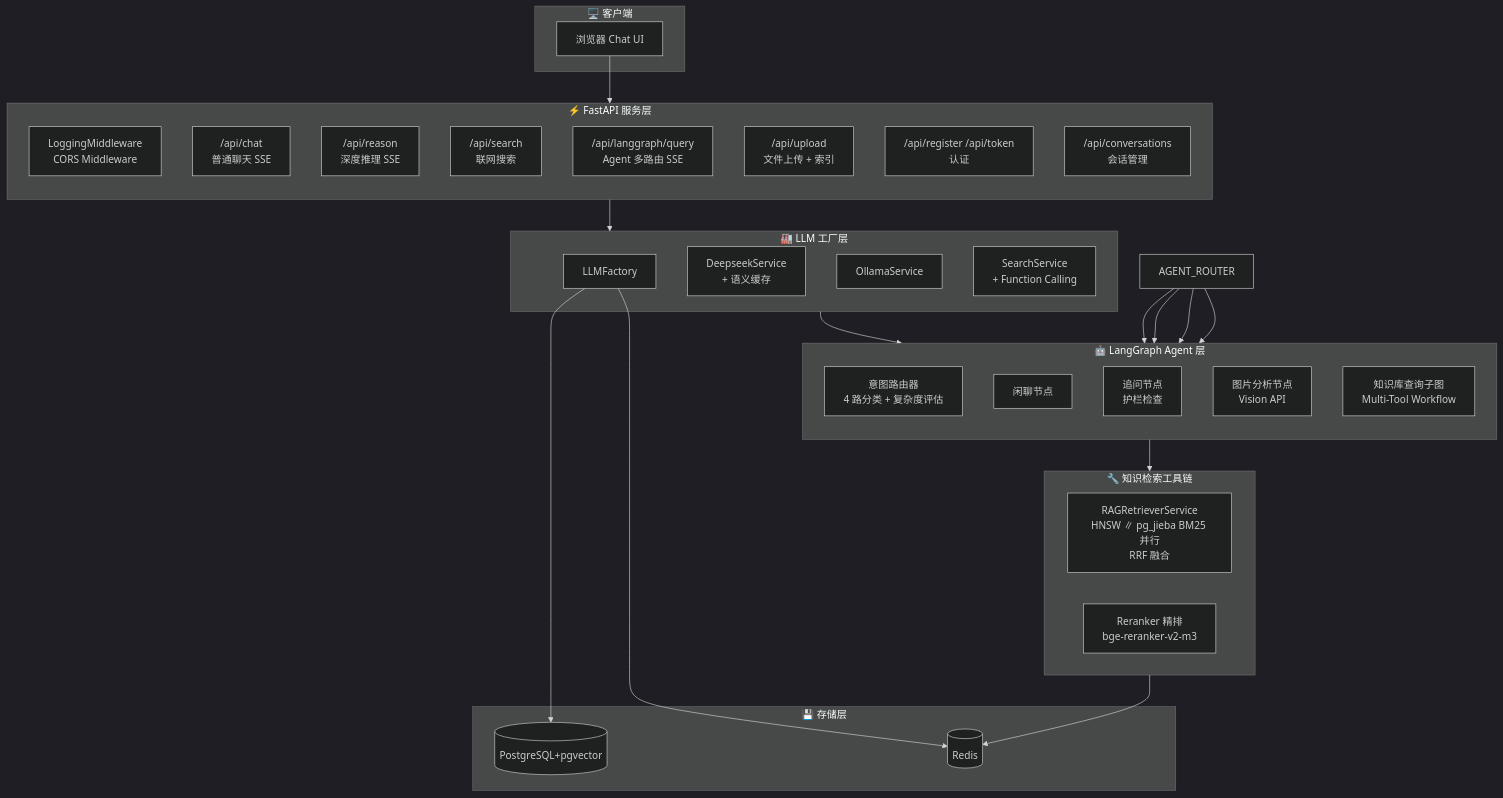
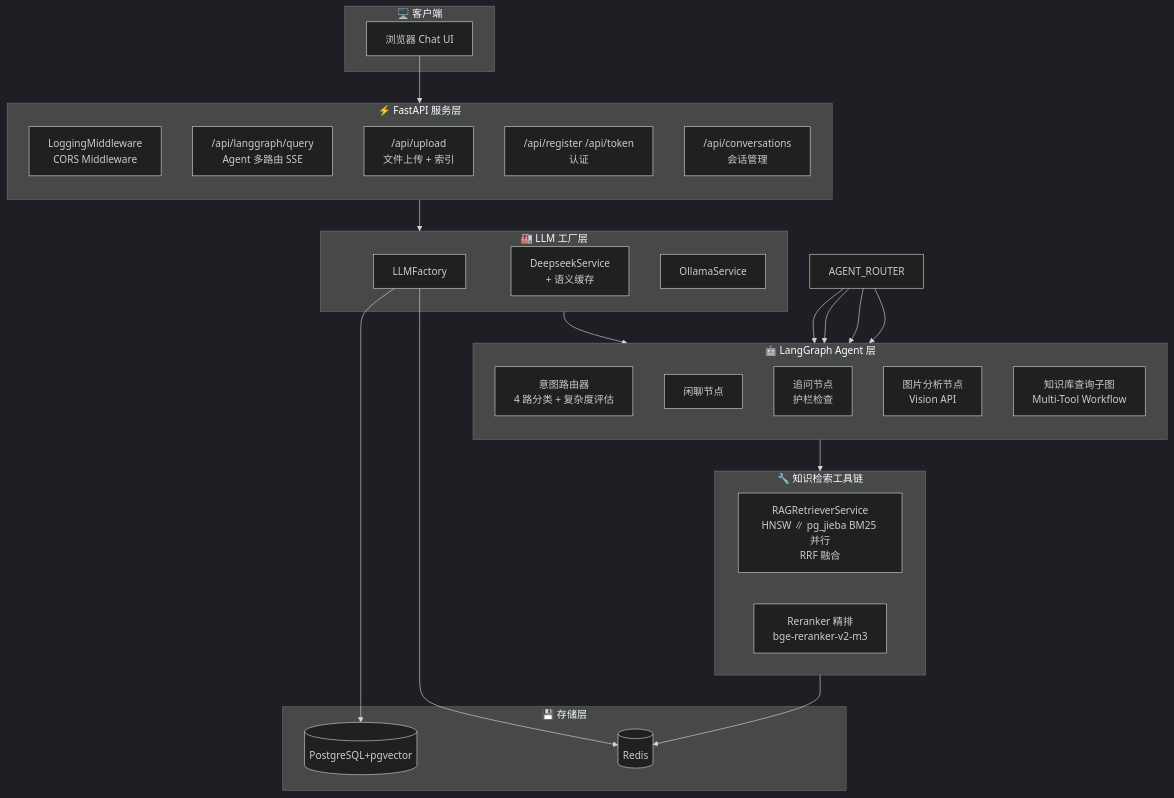
One commit to blowt16/SmartCS-Agent changed the second of 14 diagrams in docs/PROJECT_ANALYSIS.md. Above: the diagram before and after it, drawn with Mermaid (dark theme). The commit also changed other lines of this file and 39 other files, not shown here.

First line of the commit message:
[refactor] 前端重构为 Vue3 SFC 工程（frontend/），移除 /api/chat|reason|search 旧链路，接入 JWT 登录

````diff
--- a/docs/PROJECT_ANALYSIS.md
+++ b/docs/PROJECT_ANALYSIS.md
@@ -110,54 +110,50 @@
 ```mermaid
 flowchart TB
     subgraph Client["🖥️ 客户端"]
         Browser["浏览器 Chat UI"]
     end
 
     subgraph FastAPI["⚡ FastAPI 服务层"]
         direction TB
         MW["LoggingMiddleware<br/>CORS Middleware"]
-        CHAT["/api/chat<br/>普通聊天 SSE"]
-        REASON["/api/reason<br/>深度推理 SSE"]
-        SEARCH["/api/search<br/>联网搜索"]
         LG["/api/langgraph/query<br/>Agent 多路由 SSE"]
         UPLOAD["/api/upload<br/>文件上传 + 索引"]
         AUTH["/api/register /api/token<br/>认证"]
         CONV["/api/conversations<br/>会话管理"]
     end
 
     subgraph Factory["🏭 LLM 工厂层"]
         LLMF["LLMFactory"]
         DS["DeepseekService<br/>+ 语义缓存"]
         OS["OllamaService"]
-        SS["SearchService<br/>+ Function Calling"]
     end
 
     subgraph Agent["🤖 LangGraph Agent 层"]
         direction TB
         ROUTER["意图路由器<br/>4 路分类 + 复杂度评估"]
         GEN["闲聊节点"]
         ADD["追问节点<br/>护栏检查"]
         IMG["图片分析节点<br/>Vision API"]
         KG["知识库查询子图<br/>Multi-Tool Workflow"]
     end
 
     subgraph KGTools["🔧 知识检索工具链"]
         direction LR
         GRAG["RAGRetrieverService<br/>HNSW ∥ pg_jieba BM25 并行<br/>RRF 融合"]
         RG["Reranker 精排<br/>bge-reranker-v2-m3"]
     end
 
     subgraph Store["💾 存储层"]
         PostgreSQL[(PostgreSQL+pgvector)]
         Redis[(Redis)]
     end
 
     Browser --> FastAPI
     FastAPI --> Factory
     Factory --> Agent
     AGENT_ROUTER --> GEN & ADD & IMG & KG
     KG --> KGTools
     KGTools --> Redis
     LLMF --> PostgreSQL
     LLMF --> Redis
 ```
````
